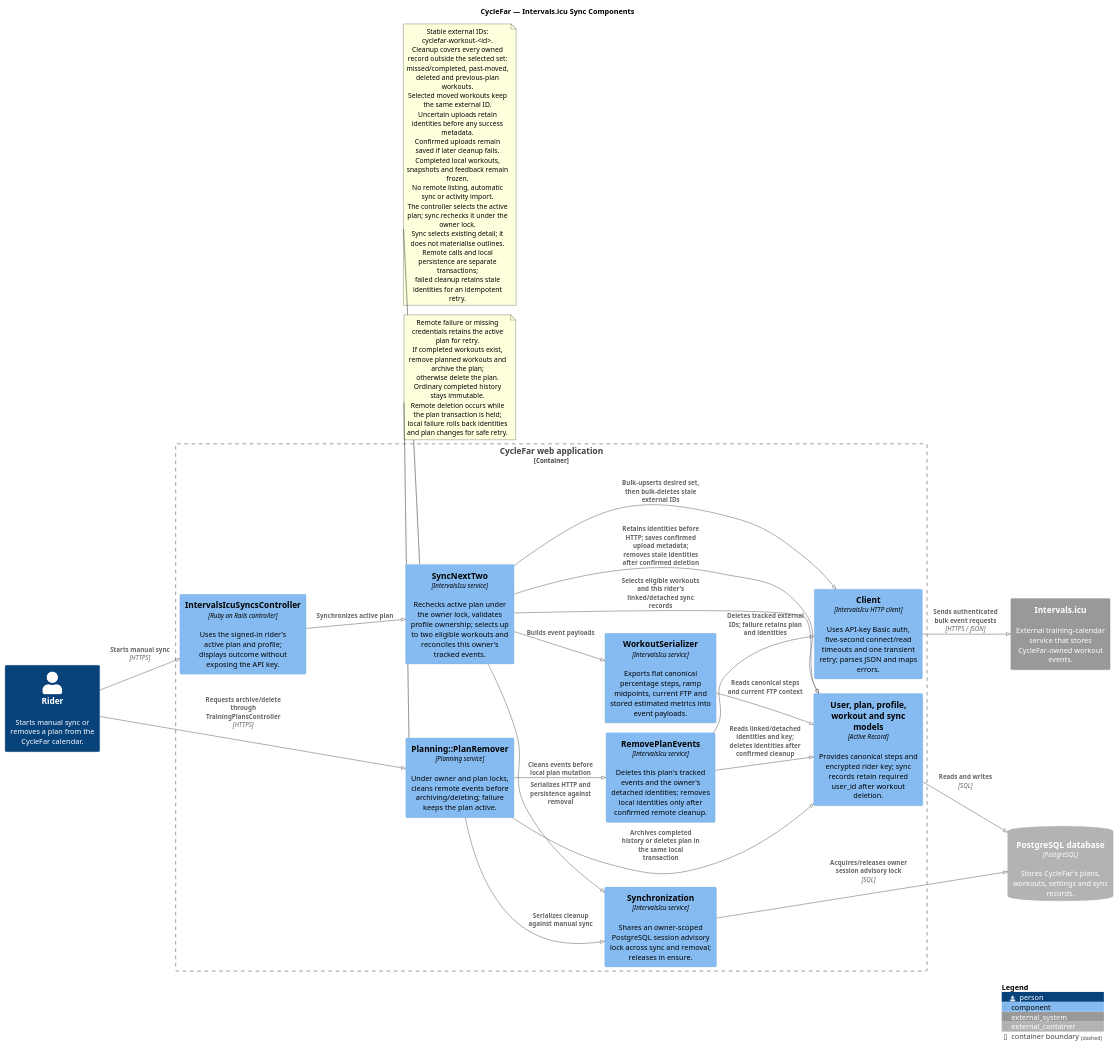
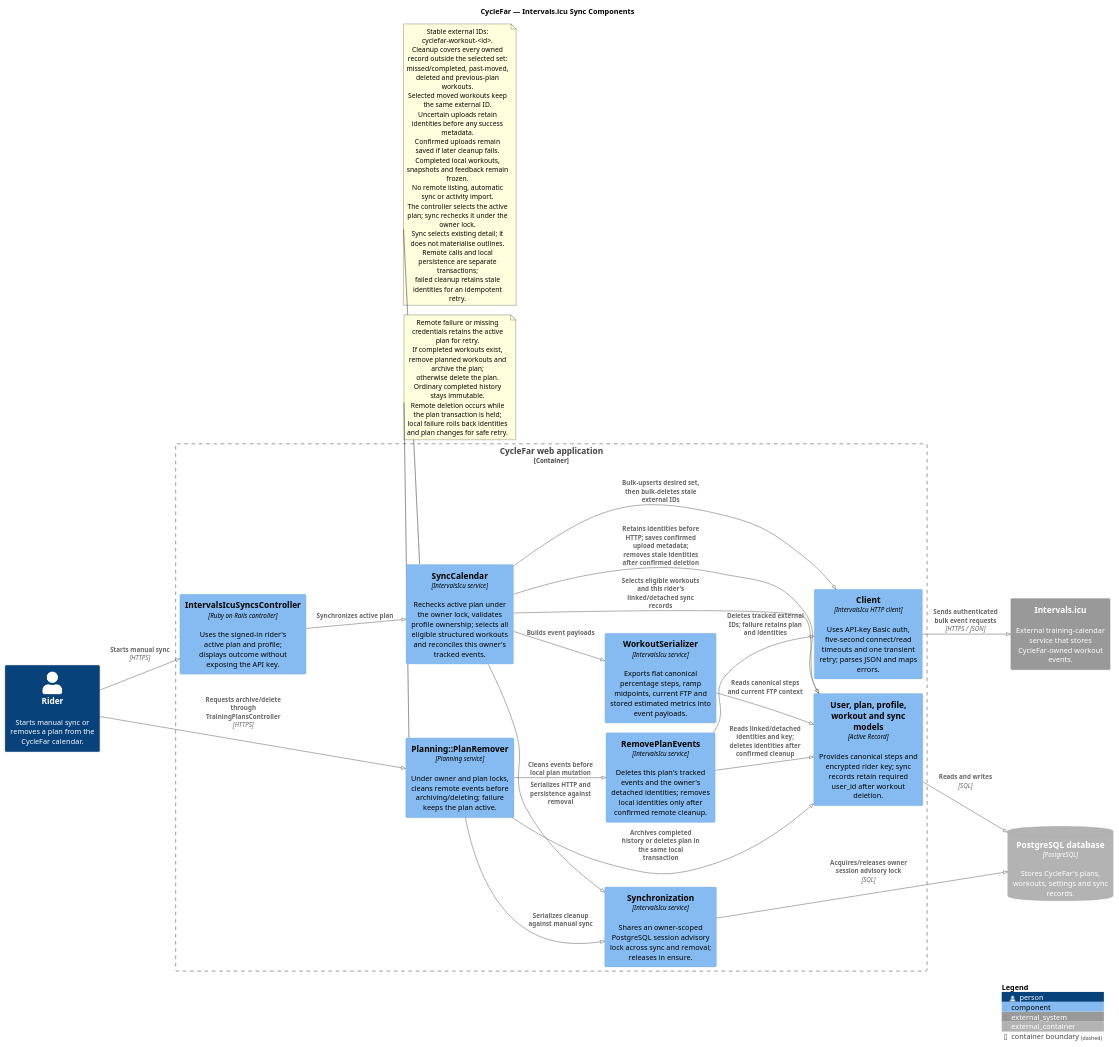
One commit to richardhartme/cyclefar changed the diagram in docs/diagrams/component-cyclefar-intervals-icu-sync.puml. Above: the diagram before and after it, drawn with PlantUML. The commit also changed 26 other files, not shown here.

Commit message:
CYF-82 Sync all upcoming structured calendar workouts

```diff
--- a/docs/diagrams/component-cyclefar-intervals-icu-sync.puml
+++ b/docs/diagrams/component-cyclefar-intervals-icu-sync.puml
@@ -1,67 +1,67 @@
 @startuml
 !pragma layout smetana
 ' Scope and limitations: README.md
 !include https://raw.githubusercontent.com/plantuml-stdlib/C4-PlantUML/master/C4_Component.puml
 
 title CycleFar — Intervals.icu Sync Components
 
 LAYOUT_LEFT_RIGHT()
 
 Person(rider, "Rider", "Starts manual sync or removes a plan from the CycleFar calendar.")
 System_Ext(intervals_icu, "Intervals.icu", "External training-calendar service that stores CycleFar-owned workout events.")
 ContainerDb_Ext(database, "PostgreSQL database", "PostgreSQL", "Stores CycleFar's plans, workouts, settings and sync records.")
 
 Container_Boundary(web_application, "CycleFar web application") {
   Component(controller, "IntervalsIcuSyncsController", "Ruby on Rails controller", "Uses the signed-in rider's active plan and profile; displays outcome without exposing the API key.")
-  Component(sync, "SyncNextTwo", "IntervalsIcu service", "Rechecks active plan under the owner lock, validates profile ownership; selects up to two eligible workouts and reconciles this owner's tracked events.")
+  Component(sync, "SyncCalendar", "IntervalsIcu service", "Rechecks active plan under the owner lock, validates profile ownership; selects all eligible structured workouts and reconciles this owner's tracked events.")
   Component(remover, "Planning::PlanRemover", "Planning service", "Under owner and plan locks, cleans remote events before archiving/deleting; failure keeps the plan active.")
   Component(cleanup, "RemovePlanEvents", "IntervalsIcu service", "Deletes this plan's tracked events and the owner's detached identities; removes local identities only after confirmed remote cleanup.")
   Component(synchronization, "Synchronization", "IntervalsIcu service", "Shares an owner-scoped PostgreSQL session advisory lock across sync and removal; releases in ensure.")
   Component(serializer, "WorkoutSerializer", "IntervalsIcu service", "Exports flat canonical percentage steps, ramp midpoints, current FTP and stored estimated metrics into event payloads.")
   Component(client, "Client", "IntervalsIcu HTTP client", "Uses API-key Basic auth, five-second connect/read timeouts and one transient retry; parses JSON and maps errors.")
   Component(models, "User, plan, profile, workout and sync models", "Active Record", "Provides canonical steps and encrypted rider key; sync records retain required user_id after workout deletion.")
 }
 
 Rel(rider, controller, "Starts manual sync", "HTTPS")
 Rel(controller, sync, "Synchronizes active plan")
 Rel(rider, remover, "Requests archive/delete through TrainingPlansController", "HTTPS")
 Rel(remover, synchronization, "Serializes cleanup against manual sync")
 Rel(sync, synchronization, "Serializes HTTP and persistence against removal")
 Rel(synchronization, database, "Acquires/releases owner session advisory lock", "SQL")
 Rel(remover, cleanup, "Cleans events before local plan mutation")
 Rel(cleanup, models, "Reads linked/detached identities and key; deletes identities after confirmed cleanup")
 Rel(cleanup, client, "Deletes tracked external IDs; failure retains plan and identities")
 Rel(remover, models, "Archives completed history or deletes plan in the same local transaction")
 Rel(sync, models, "Selects eligible workouts and this rider's linked/detached sync records")
 Rel(sync, serializer, "Builds event payloads")
 Rel(serializer, models, "Reads canonical steps and current FTP context")
 Rel(sync, client, "Bulk-upserts desired set, then bulk-deletes stale external IDs")
 Rel(client, intervals_icu, "Sends authenticated bulk event requests", "HTTPS / JSON")
 Rel(sync, models, "Retains identities before HTTP; saves confirmed upload metadata; removes stale identities after confirmed deletion")
 Rel(models, database, "Reads and writes", "SQL")
 
 note bottom of sync
   Stable external IDs: cyclefar-workout-<id>.
   Cleanup covers every owned record outside the selected set:
   missed/completed, past-moved, deleted and previous-plan workouts.
   Selected moved workouts keep the same external ID.
   Uncertain uploads retain identities before any success metadata.
   Confirmed uploads remain saved if later cleanup fails.
   Completed local workouts, snapshots and feedback remain frozen.
   No remote listing, automatic sync or activity import.
   The controller selects the active plan; sync rechecks it under the owner lock.
   Sync selects existing detail; it does not materialise outlines.
   Remote calls and local persistence are separate transactions;
   failed cleanup retains stale identities for an idempotent retry.
 end note
 
 note bottom of remover
   Remote failure or missing credentials retains the active plan for retry.
   If completed workouts exist, remove planned workouts and archive the plan;
   otherwise delete the plan. Ordinary completed history stays immutable.
   Remote deletion occurs while the plan transaction is held;
   local failure rolls back identities and plan changes for safe retry.
 end note
 
 SHOW_LEGEND()
 @enduml
```
